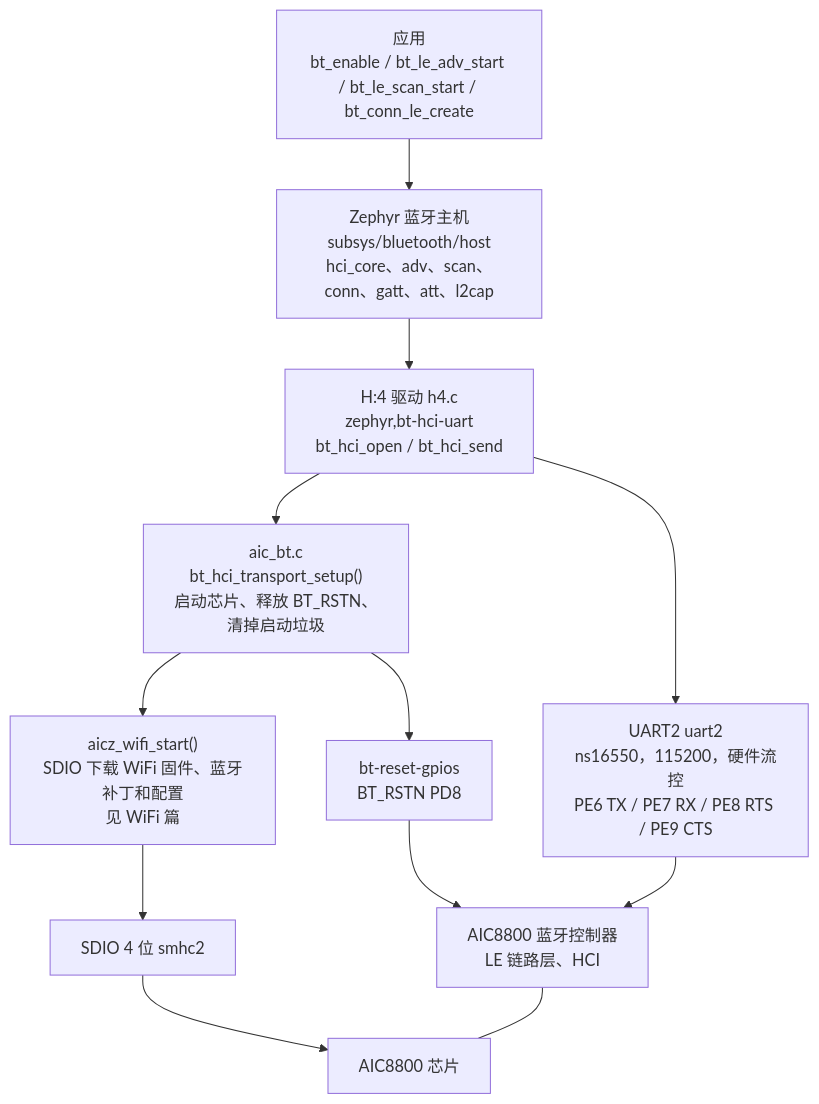
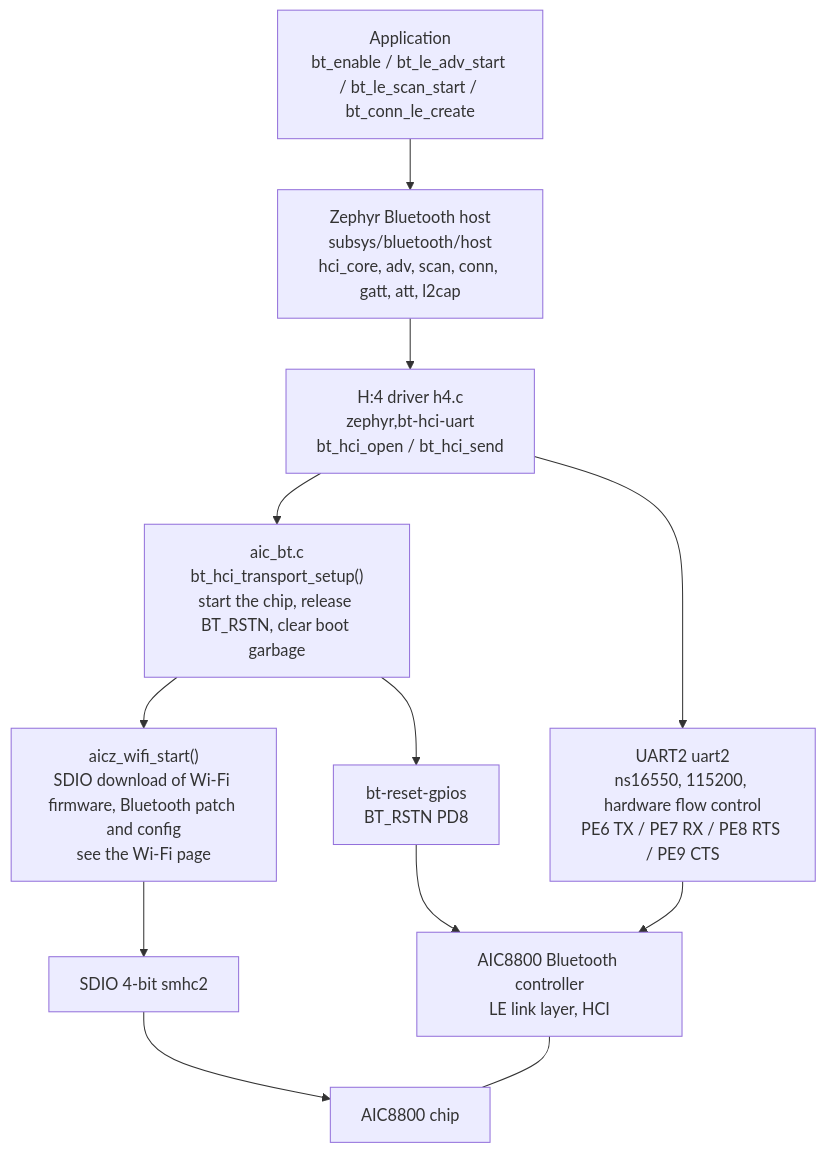
The first of 3 diagrams in docs/src/content/docs/dev/zephyr/components/aic8800-bt.md (YuzukiHD/YuzukiNeko), drawn with Mermaid before and after one commit. The commit also changed other lines of this file and 216 other files, not shown here.

````diff
--- a/docs/src/content/docs/dev/zephyr/components/aic8800-bt.md
+++ b/docs/src/content/docs/dev/zephyr/components/aic8800-bt.md
@@ -17,14 +17,14 @@
 ```mermaid
 flowchart TB
-    APP["应用<br/>bt_enable / bt_le_adv_start / bt_le_scan_start / bt_conn_le_create"] --> HOST["Zephyr 蓝牙主机<br/>subsys/bluetooth/host<br/>hci_core、adv、scan、conn、gatt、att、l2cap"]
-    HOST --> H4["H:4 驱动 h4.c<br/>zephyr,bt-hci-uart<br/>bt_hci_open / bt_hci_send"]
-    H4 --> SETUP["aic_bt.c<br/>bt_hci_transport_setup()<br/>启动芯片、释放 BT_RSTN、清掉启动垃圾"]
-    H4 --> UART["UART2 uart2<br/>ns16550，115200，硬件流控<br/>PE6 TX / PE7 RX / PE8 RTS / PE9 CTS"]
-    UART --> BTC["AIC8800 蓝牙控制器<br/>LE 链路层、HCI"]
-    SETUP --> START["aicz_wifi_start()<br/>SDIO 下载 WiFi 固件、蓝牙补丁和配置<br/>见 WiFi 篇"]
-    START --> SDIO["SDIO 4 位 smhc2"]
-    SDIO --> CHIP["AIC8800 芯片"]
+    APP["Application<br/>bt_enable / bt_le_adv_start / bt_le_scan_start / bt_conn_le_create"] --> HOST["Zephyr Bluetooth host<br/>subsys/bluetooth/host<br/>hci_core, adv, scan, conn, gatt, att, l2cap"]
+    HOST --> H4["H:4 driver h4.c<br/>zephyr,bt-hci-uart<br/>bt_hci_open / bt_hci_send"]
+    H4 --> SETUP["aic_bt.c<br/>bt_hci_transport_setup()<br/>start the chip, release BT_RSTN, clear boot garbage"]
+    H4 --> UART["UART2 uart2<br/>ns16550, 115200, hardware flow control<br/>PE6 TX / PE7 RX / PE8 RTS / PE9 CTS"]
+    UART --> BTC["AIC8800 Bluetooth controller<br/>LE link layer, HCI"]
+    SETUP --> START["aicz_wifi_start()<br/>SDIO download of Wi-Fi firmware, Bluetooth patch and config<br/>see the Wi-Fi page"]
+    START --> SDIO["SDIO 4-bit smhc2"]
+    SDIO --> CHIP["AIC8800 chip"]
     BTC --- CHIP
     RST["bt-reset-gpios<br/>BT_RSTN PD8"] --> BTC
     SETUP --> RST
 ```
````
